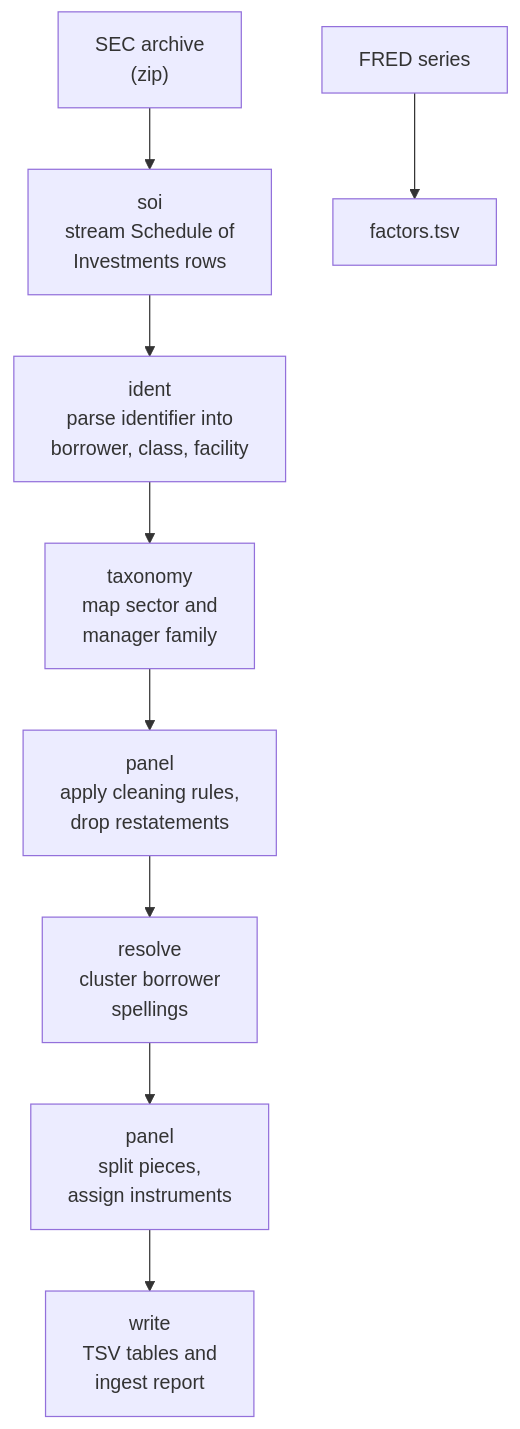
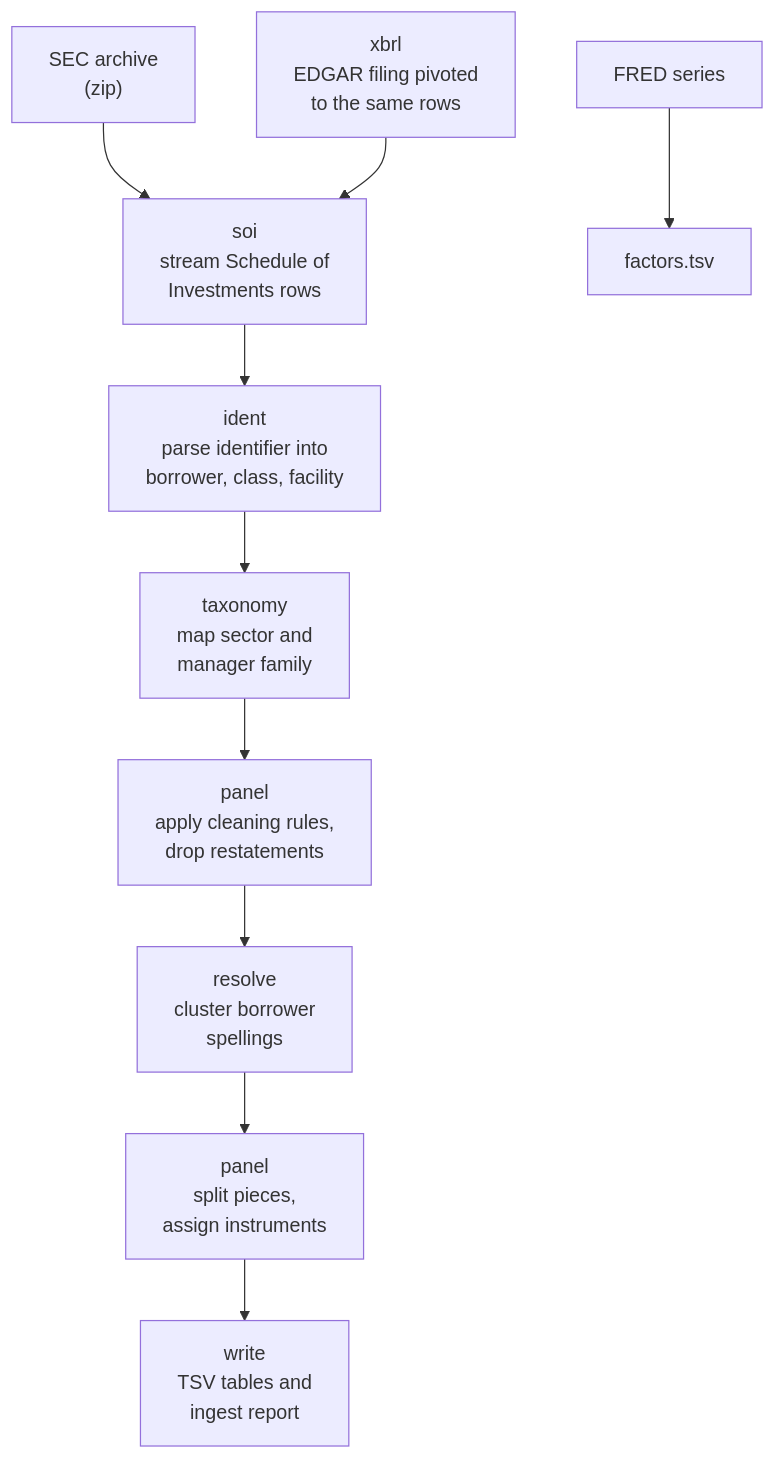
The second of 9 diagrams in docs/architecture.md (Rishi0507/Syndicate-Intra-quarter-Level-3-marks), drawn with Mermaid before and after one commit. The commit also changed other lines of this file and 2 other files, not shown here.

Commit message:
Document the EDGAR fill and reconcile schedule rows with marks

````diff
--- a/docs/architecture.md
+++ b/docs/architecture.md
@@ -85,12 +86,13 @@
 ```mermaid
 flowchart TB
     ZIP["SEC archive<br/>(zip)"] --> SOI
+    XB["xbrl<br/>EDGAR filing pivoted<br/>to the same rows"] --> SOI
     SOI["soi<br/>stream Schedule of<br/>Investments rows"] --> IDENT
     IDENT["ident<br/>parse identifier into<br/>borrower, class, facility"] --> TAX
     TAX["taxonomy<br/>map sector and<br/>manager family"] --> PAN
     PAN["panel<br/>apply cleaning rules,<br/>drop restatements"] --> RES
     RES["resolve<br/>cluster borrower<br/>spellings"] --> SPLIT
     SPLIT["panel<br/>split pieces,<br/>assign instruments"] --> OUT
     OUT["write<br/>TSV tables and<br/>ingest report"]
     FREDS["FRED series"] --> FAC["factors.tsv"]
 ```
````
